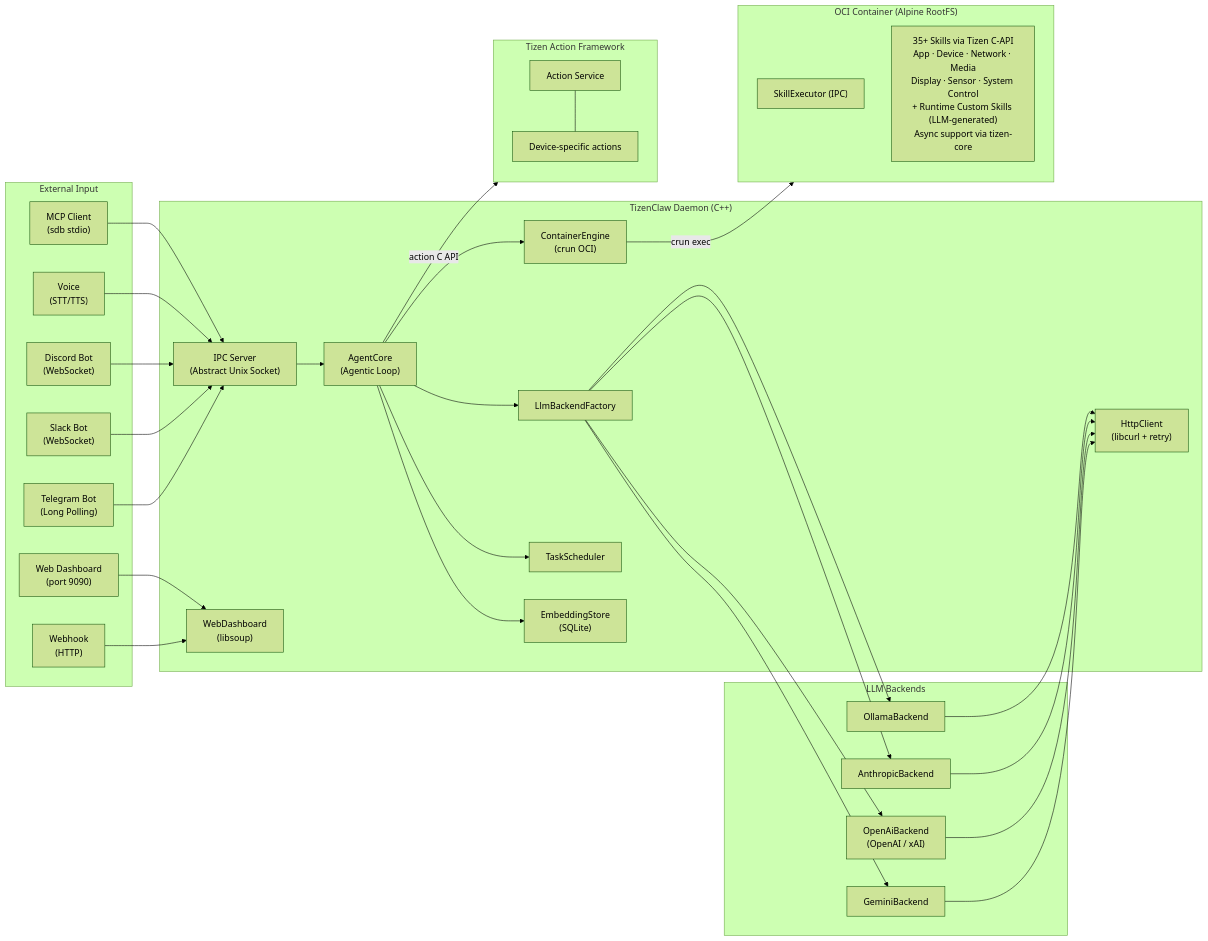
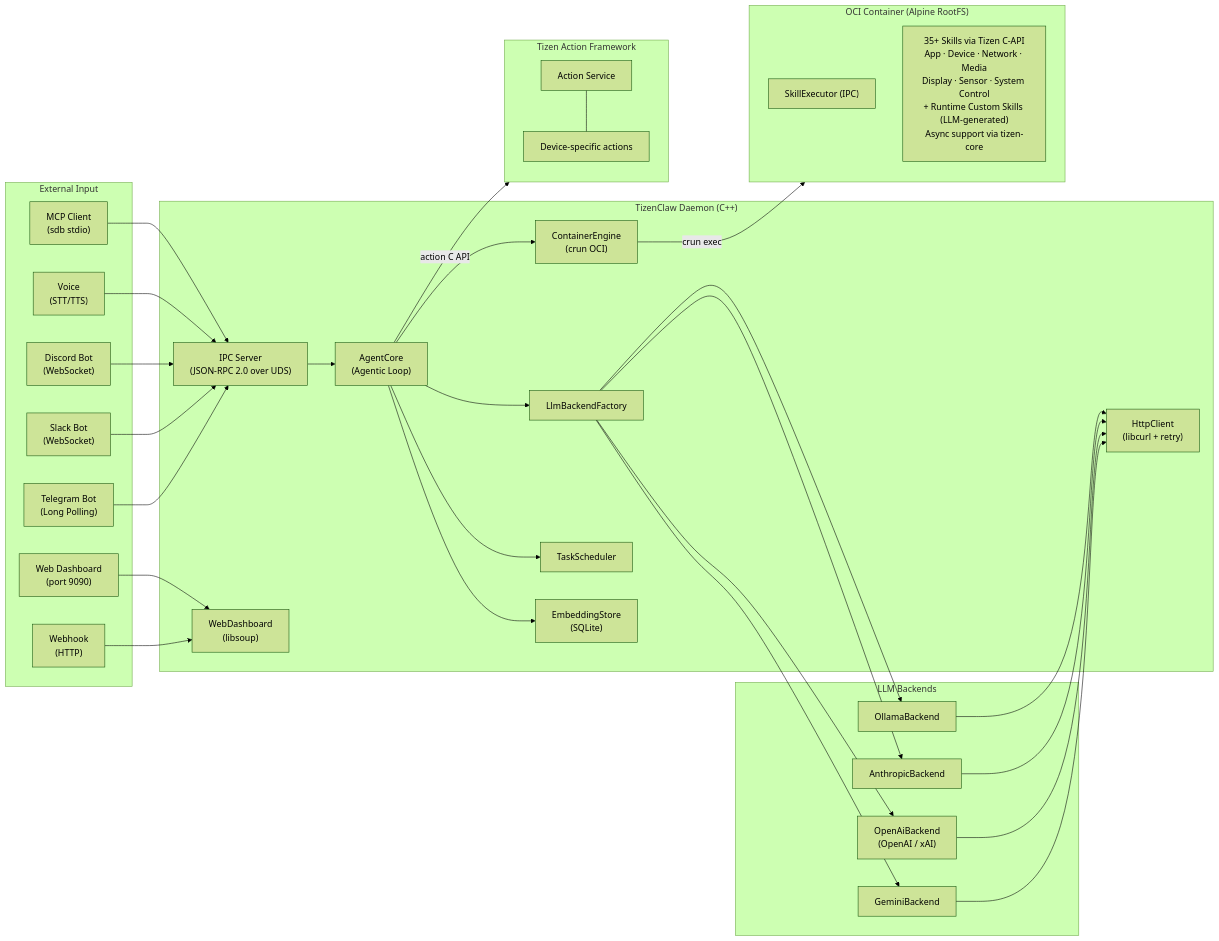
One commit to ashuksingh11/tizenclaw changed the diagram in docs/ANALYSIS.md. Above: the diagram before and after it, drawn with Mermaid (forest theme). The commit also changed other lines of this file and 6 other files, not shown here.

````diff
--- a/docs/ANALYSIS.md
+++ b/docs/ANALYSIS.md
@@ -13,55 +13,55 @@
 ```mermaid
 graph LR
     subgraph External["External Input"]
         Telegram["Telegram Bot<br/>(Long Polling)"]
         Slack["Slack Bot<br/>(WebSocket)"]
         Discord["Discord Bot<br/>(WebSocket)"]
         MCP["MCP Client<br/>(sdb stdio)"]
         Webhook["Webhook<br/>(HTTP)"]
         Voice["Voice<br/>(STT/TTS)"]
         WebUI["Web Dashboard<br/>(port 9090)"]
     end
 
     subgraph Daemon["TizenClaw Daemon (C++)"]
-        IPC["IPC Server<br/>(Abstract Unix Socket)"]
+        IPC["IPC Server<br/>(JSON-RPC 2.0 over UDS)"]
         Agent["AgentCore<br/>(Agentic Loop)"]
         Factory["LlmBackendFactory"]
         Http["HttpClient<br/>(libcurl + retry)"]
         Container["ContainerEngine<br/>(crun OCI)"]
         Scheduler["TaskScheduler"]
         RAG["EmbeddingStore<br/>(SQLite)"]
         Dashboard["WebDashboard<br/>(libsoup)"]
     end
 
     subgraph Backends["LLM Backends"]
         Gemini["GeminiBackend"]
         OpenAI["OpenAiBackend<br/>(OpenAI / xAI)"]
         Claude["AnthropicBackend"]
         Ollama["OllamaBackend"]
     end
 
     subgraph Skills["OCI Container (Alpine RootFS)"]
         SkillExec["SkillExecutor (IPC)"]
         SkillList["35+ Skills via Tizen C-API<br/>App · Device · Network · Media<br/>Display · Sensor · System Control<br/>+ Runtime Custom Skills (LLM-generated)<br/>Async support via tizen-core"]
     end
 
     Telegram & Slack & Discord & Voice --> IPC
     MCP --> IPC
     Webhook & WebUI --> Dashboard
     IPC --> Agent
     Agent --> Factory
     Factory --> Gemini & OpenAI & Claude & Ollama
     Gemini & OpenAI & Claude & Ollama --> Http
     Agent --> Container
     Agent --> Scheduler
     Agent --> RAG
     Container -->|"crun exec"| Skills
 
     subgraph ActionFW["Tizen Action Framework"]
         ActionSvc["Action Service"]
         ActionList["Device-specific actions"]
         ActionSvc --- ActionList
     end
 
     Agent -->|"action C API"| ActionFW
 ```
````
